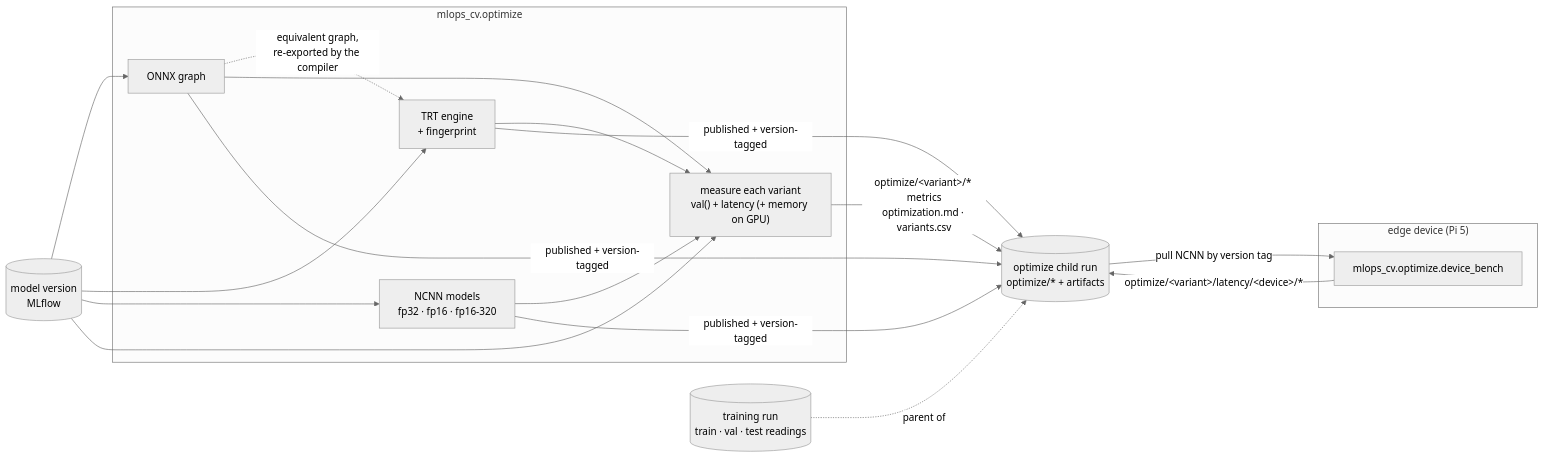
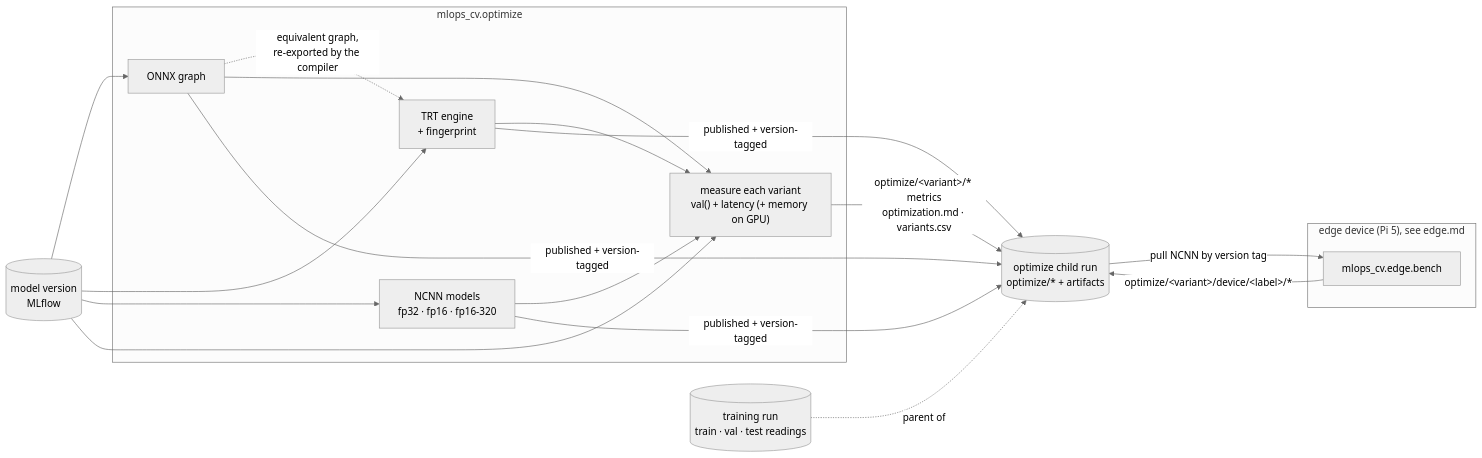
Before and after one commit to vtarasv/mlops-cv: the diagram in docs/optimization.md, drawn with Mermaid (neutral theme). The commit also changed other lines of this file and 20 other files, not shown here.

First line of the commit message:
feat: on-device accuracy gate, edge live view and docs/edge.md

````diff
--- a/docs/optimization.md
+++ b/docs/optimization.md
@@ -19,34 +19,34 @@
 ```mermaid
 flowchart LR
   model[("model version<br/>MLflow")]
 
   subgraph harness["mlops_cv.optimize"]
     portable["ONNX graph"]
     engines["TRT engine<br/>+ fingerprint"]
     ncnn["NCNN models<br/>fp32 · fp16 · fp16-320"]
     measure["measure each variant<br/>val() + latency (+ memory on GPU)"]
     portable -.->|"equivalent graph,<br/>re-exported by the compiler"| engines
     portable --> measure
     engines --> measure
     ncnn --> measure
   end
 
-  subgraph device["edge device (Pi 5)"]
-    bench["mlops_cv.optimize.device_bench"]
+  subgraph device["edge device (Pi 5), see edge.md"]
+    bench["mlops_cv.edge.bench"]
   end
 
   train[("training run<br/>train · val · test readings")]
   record[("optimize child run<br/>optimize/* + artifacts")]
 
   model --> portable
   model --> engines
   model --> ncnn
   model --> measure
   train -.->|"parent of"| record
   measure -->|"optimize/&lt;variant&gt;/* metrics<br/>optimization.md · variants.csv"| record
   portable -->|"published + version-tagged"| record
   engines -->|"published + version-tagged"| record
   ncnn -->|"published + version-tagged"| record
   record -->|"pull NCNN by version tag"| bench
-  bench -->|"optimize/&lt;variant&gt;/latency/&lt;device&gt;/*"| record
+  bench -->|"optimize/&lt;variant&gt;/device/&lt;label&gt;/*"| record
 ```
````
